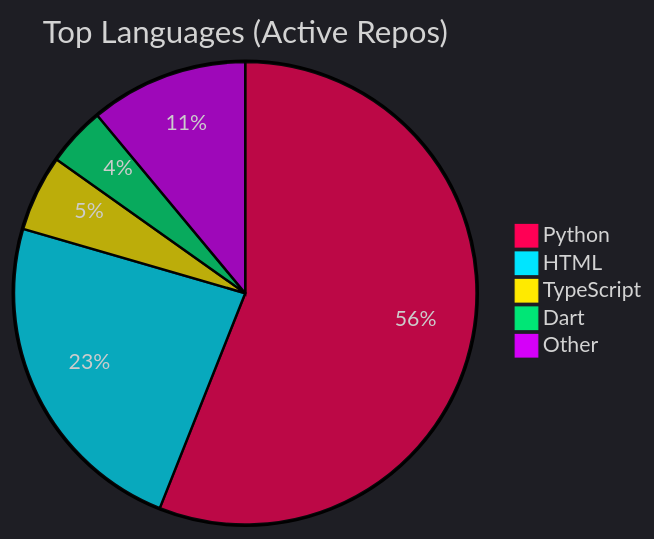
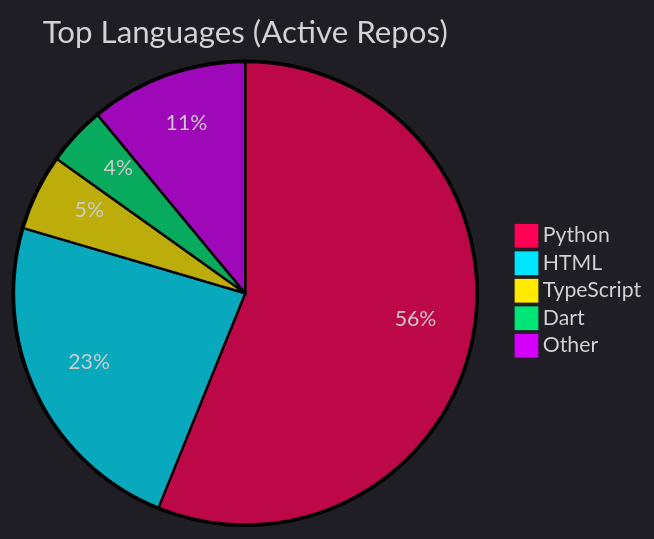
The diagram in README.md (Nzettodess/Nzettodess), drawn with Mermaid before and after one commit. The commit also changed other lines of this file, not shown here.

Commit message:
Update recent activity [skip ci]

````diff
--- a/README.md
+++ b/README.md
@@ -35,9 +35,9 @@
 ```mermaid
 %%{init: {'theme': 'dark', 'themeVariables': { 'pie1': '#FF0055', 'pie2': '#00E5FF', 'pie3': '#FFEA00', 'pie4': '#00E676', 'pie5': '#D500F9' }}}%%
 pie title Top Languages (Active Repos)
-    "Python" : 56.03
-    "HTML" : 23.47
-    "TypeScript" : 5.33
-    "Dart" : 4.14
-    "Other" : 11.04
+    "Python" : 56.12
+    "HTML" : 23.42
+    "TypeScript" : 5.32
+    "Dart" : 4.13
+    "Other" : 11.01
 ```
````
